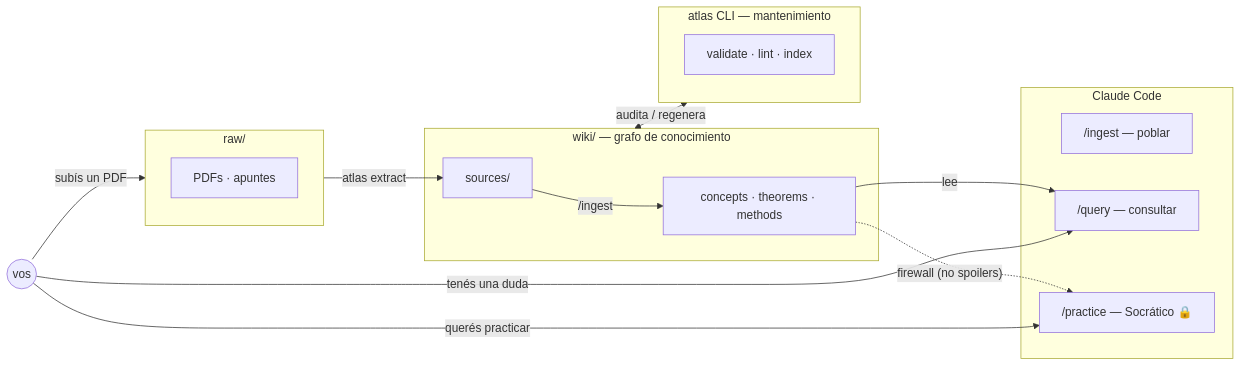
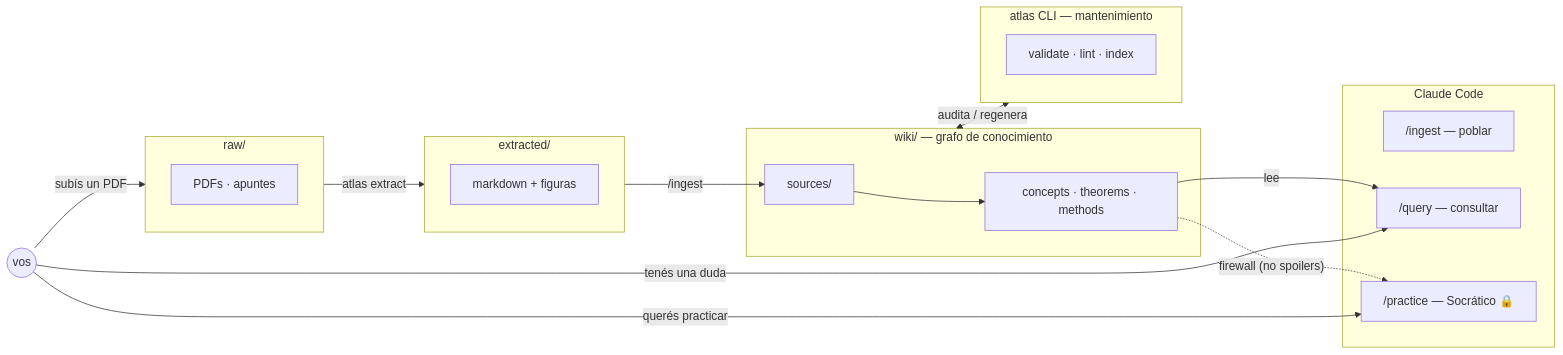
Before and after one commit to AndresPaladino/atlas: the diagram in README.md, drawn with Mermaid. The commit also changed other lines of this file and 10 other files, not shown here.

````diff
--- a/README.md
+++ b/README.md
@@ -9,32 +9,37 @@
 ```mermaid
 flowchart LR
     U((vos))
 
     subgraph raw["raw/"]
         PDFs["PDFs · apuntes"]
+    end
+
+    subgraph extracted["extracted/"]
+        MD["markdown + figuras"]
     end
 
     subgraph wiki["wiki/ — grafo de conocimiento"]
         S["sources/"]
         C["concepts · theorems · methods"]
     end
 
     subgraph claude["Claude Code"]
         I["/ingest — poblar"]
         Q["/query — consultar"]
         P["/practice — Socrático 🔒"]
     end
 
     subgraph maint["atlas CLI — mantenimiento"]
         M["validate · lint · index"]
     end
 
     U -->|"subís un PDF"| raw
-    raw -->|"atlas extract"| S
-    S -->|"/ingest"| C
+    raw -->|"atlas extract"| extracted
+    extracted -->|"/ingest"| S
+    S --> C
     C -->|"lee"| Q
     C -.->|"firewall (no spoilers)"| P
     U -->|"tenés una duda"| Q
     U -->|"querés practicar"| P
     wiki <-->|"audita / regenera"| maint
 ```
````
